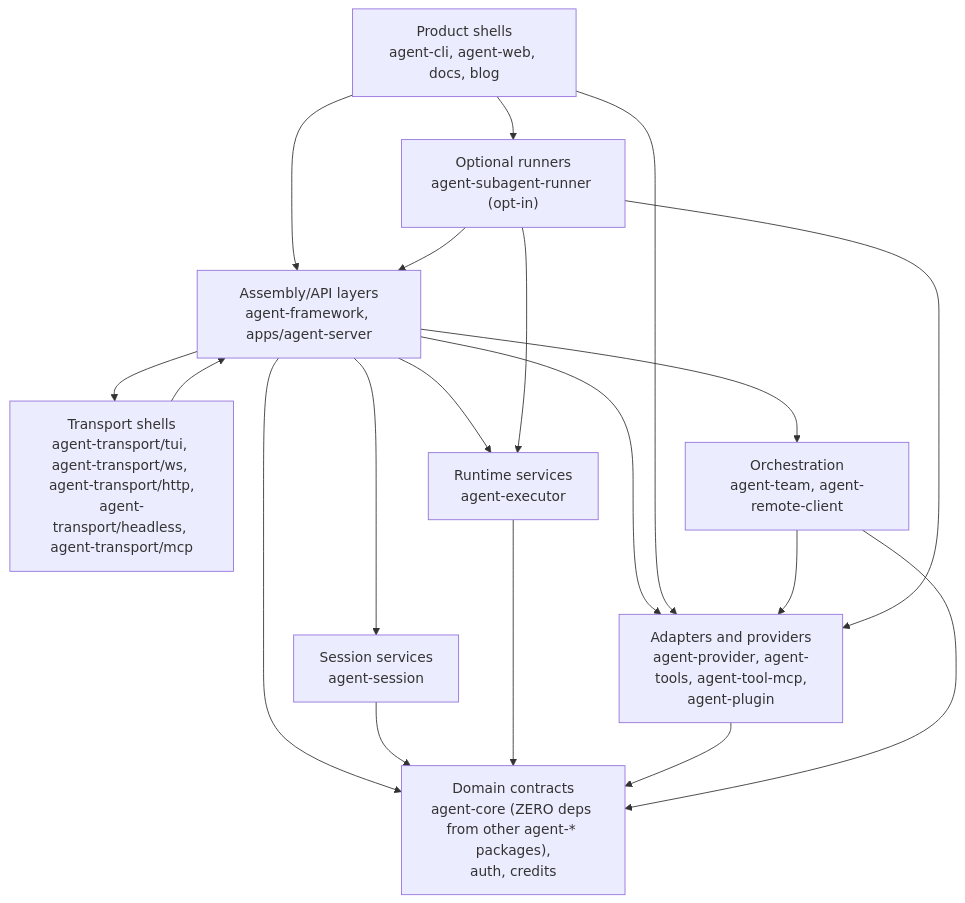
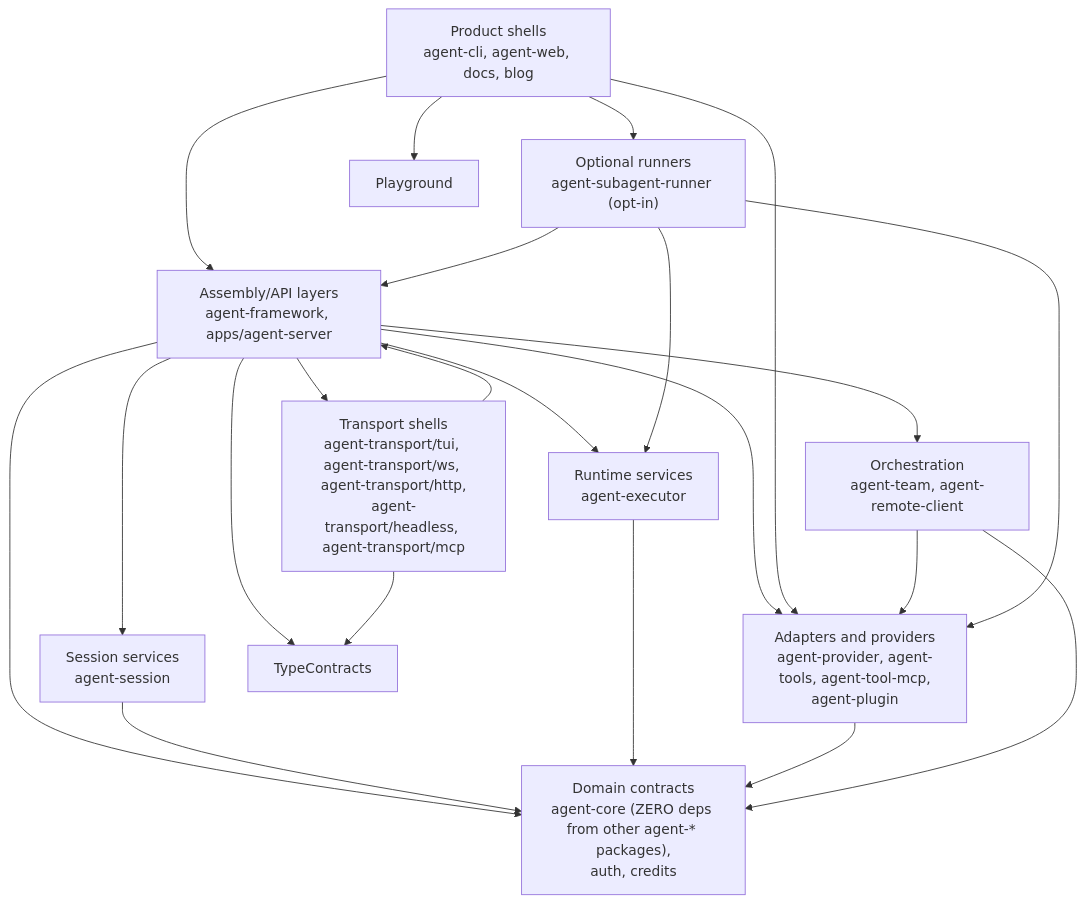
The diagram in .agents/specs/architecture-map/dependency-direction.md (woojubb/robota), drawn with Mermaid before and after one commit. The commit also changed 1430 other files, not shown here.

````diff
--- a/.agents/specs/architecture-map/dependency-direction.md
+++ b/.agents/specs/architecture-map/dependency-direction.md
@@ -9,31 +9,34 @@
 ```mermaid
 flowchart TD
   ProductShells["Product shells\nagent-cli, agent-web, docs, blog"]
   Assembly["Assembly/API layers\nagent-framework, apps/agent-server"]
   TransportShells["Transport shells\nagent-transport/tui, agent-transport/ws, agent-transport/http,\nagent-transport/headless, agent-transport/mcp"]
   Orchestration["Orchestration\nagent-team, agent-remote-client"]
   Sessions["Session services\nagent-session"]
   Executor["Runtime services\nagent-executor"]
   Domain["Domain contracts\nagent-core (ZERO deps from other agent-* packages),\nauth, credits"]
   Adapters["Adapters and providers\nagent-provider, agent-tools, agent-tool-mcp,\nagent-plugin"]
   OptIn["Optional runners\nagent-subagent-runner (opt-in)"]
 
   ProductShells --> Assembly
+  ProductShells --> Playground
   Assembly --> Sessions
   Assembly --> Executor
   Assembly --> Domain
+  Assembly --> TypeContracts
   Sessions --> Domain
   Executor --> Domain
   Assembly --> Adapters
   ProductShells --> Adapters
   ProductShells --> OptIn
   Adapters --> Domain
   TransportShells --> Assembly
+  TransportShells --> TypeContracts
   Assembly --> TransportShells
   Orchestration --> Domain
   Orchestration --> Adapters
   Assembly --> Orchestration
   OptIn --> Assembly
   OptIn --> Executor
   OptIn --> Adapters
 ```
````
